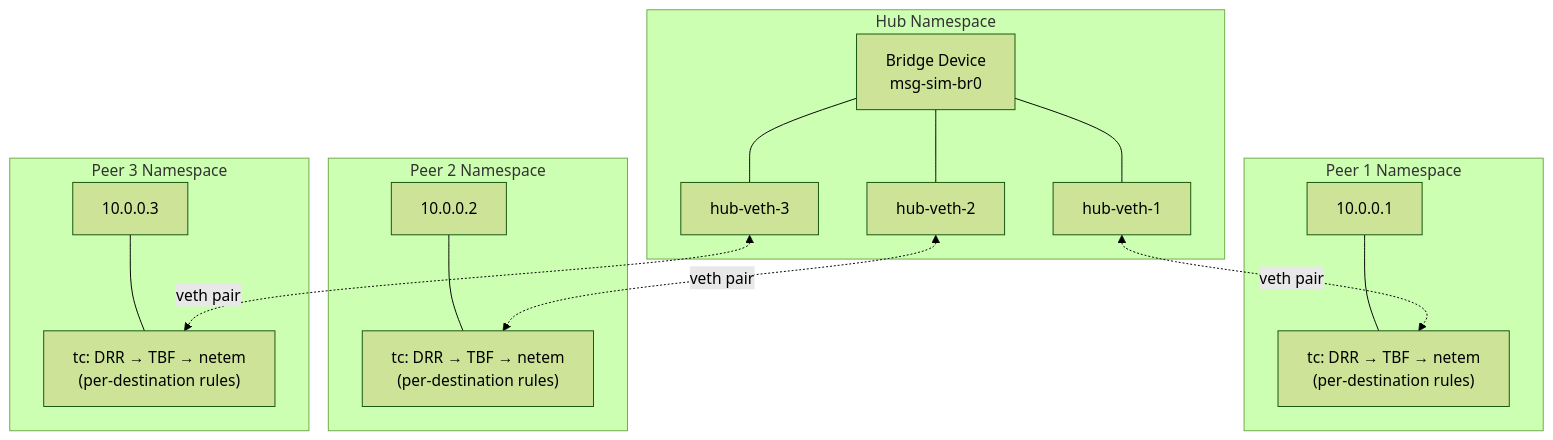
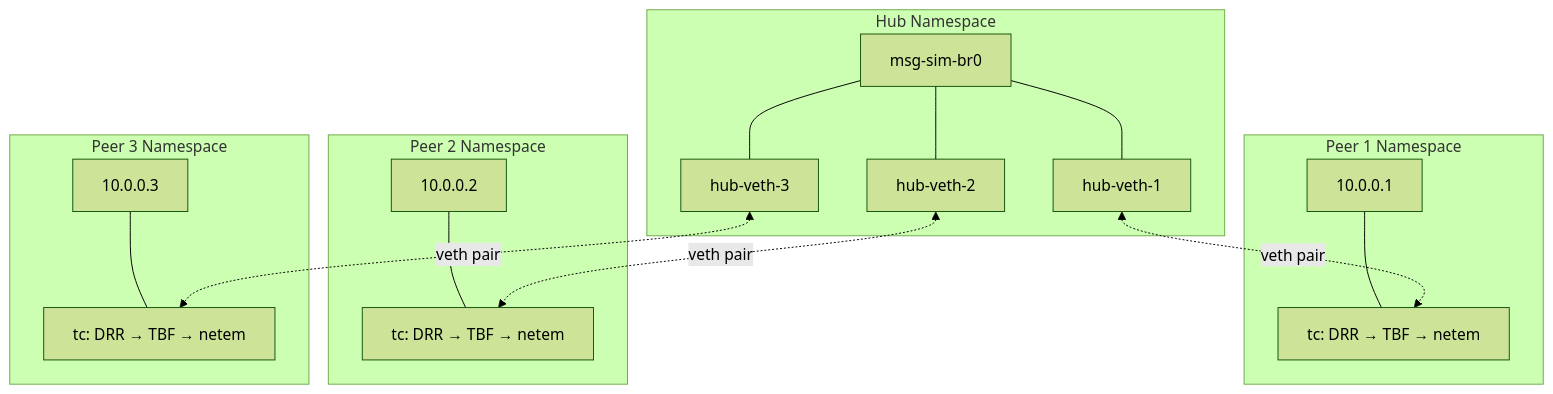
One commit to chainbound/blog changed the diagram in content/blog/msg-sim.mdx. Above: the diagram before and after it, drawn with Mermaid (forest theme). The commit also changed 4 other files, not shown here.

Commit message:
feat: add beautiful-mermaid renderer

````diff
--- a/content/blog/msg-sim.mdx
+++ b/content/blog/msg-sim.mdx
@@ -284,35 +284,35 @@
 ```mermaid
 flowchart TB
-    subgraph hub["Hub Namespace"]
-        bridge["Bridge Device\nmsg-sim-br0"]
-        veth1["hub-veth-1"]
-        veth2["hub-veth-2"]
-        veth3["hub-veth-3"]
+    subgraph hub[Hub Namespace]
+        bridge[msg-sim-br0]
+        veth1[hub-veth-1]
+        veth2[hub-veth-2]
+        veth3[hub-veth-3]
         bridge --- veth1
         bridge --- veth2
         bridge --- veth3
     end
 
-    subgraph peer1["Peer 1 Namespace"]
-        ip1["10.0.0.1"]
-        tc1["tc: DRR → TBF → netem\n(per-destination rules)"]
+    subgraph peer1[Peer 1 Namespace]
+        ip1[10.0.0.1]
+        tc1[tc: DRR → TBF → netem]
         ip1 --- tc1
     end
 
-    subgraph peer2["Peer 2 Namespace"]
-        ip2["10.0.0.2"]
-        tc2["tc: DRR → TBF → netem\n(per-destination rules)"]
+    subgraph peer2[Peer 2 Namespace]
+        ip2[10.0.0.2]
+        tc2[tc: DRR → TBF → netem]
         ip2 --- tc2
     end
 
-    subgraph peer3["Peer 3 Namespace"]
-        ip3["10.0.0.3"]
-        tc3["tc: DRR → TBF → netem\n(per-destination rules)"]
+    subgraph peer3[Peer 3 Namespace]
+        ip3[10.0.0.3]
+        tc3[tc: DRR → TBF → netem]
         ip3 --- tc3
     end
 
-    veth1 <-."veth pair".-> tc1
-    veth2 <-."veth pair".-> tc2
-    veth3 <-."veth pair".-> tc3
+    veth1 <-.->|veth pair| tc1
+    veth2 <-.->|veth pair| tc2
+    veth3 <-.->|veth pair| tc3
 
 ```
````
